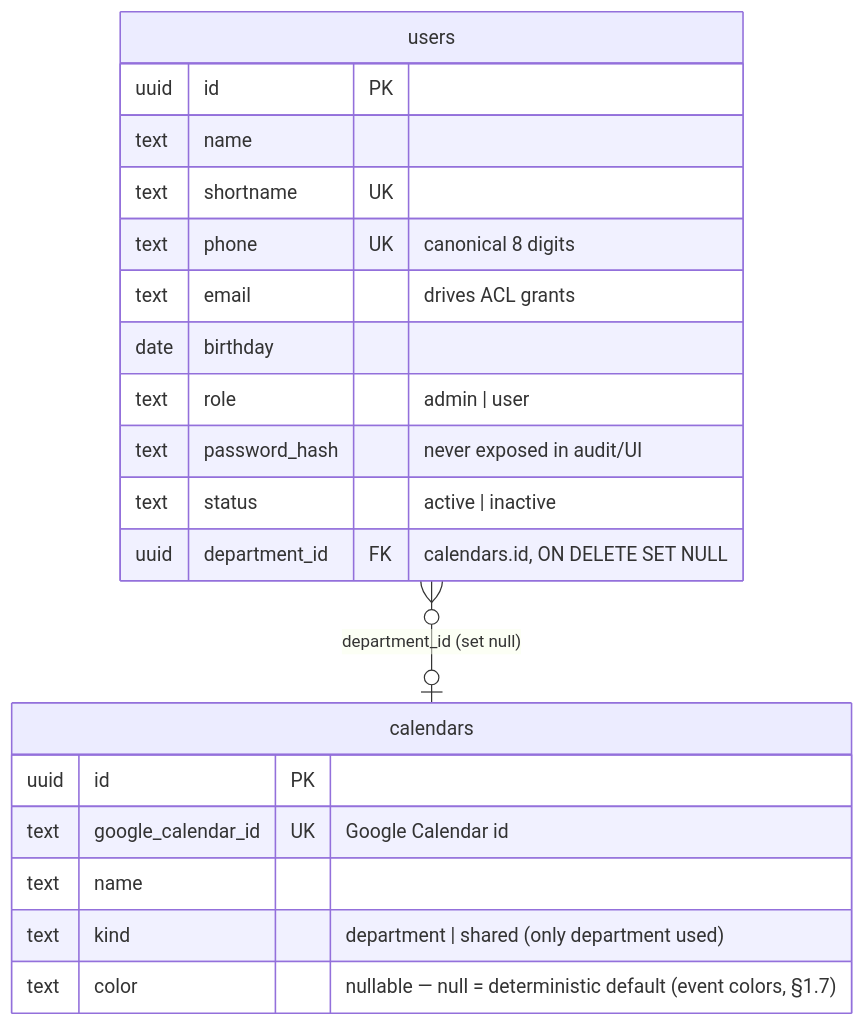
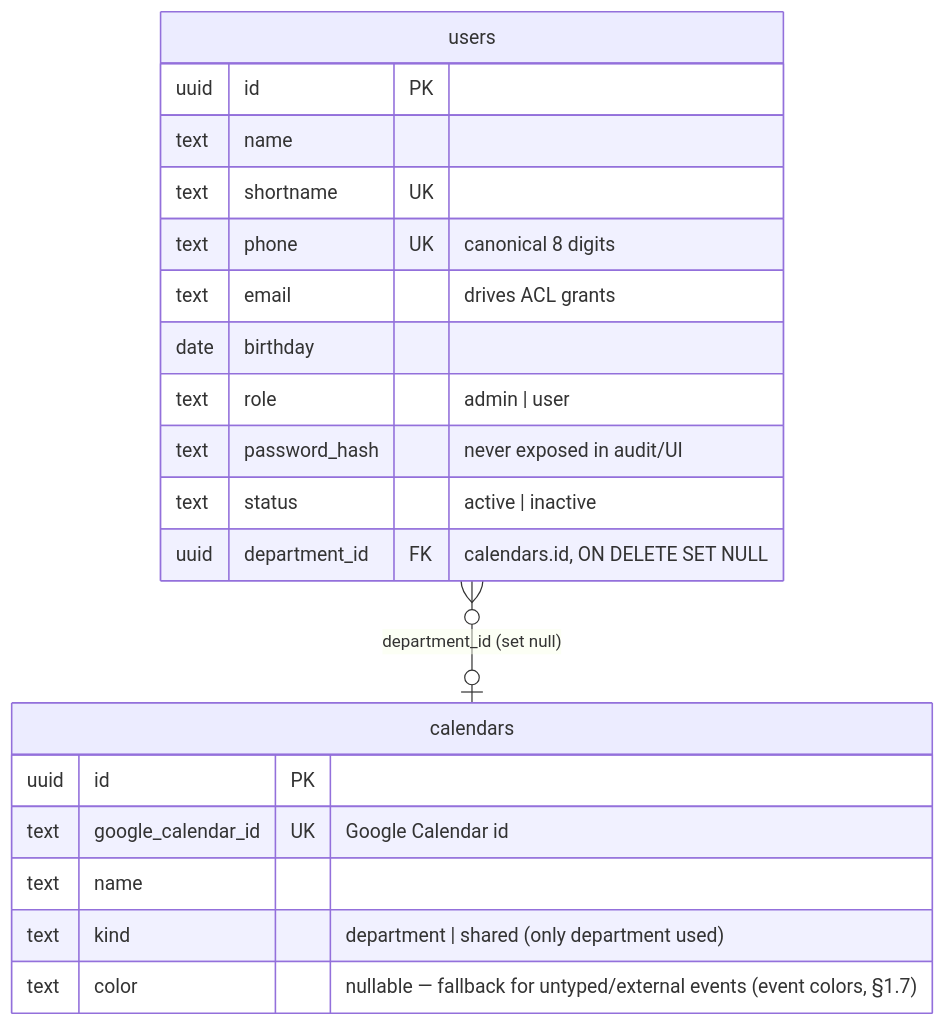
The second of 5 diagrams in docs/roster-sharing.md (oncloudnintynineone-source/cloudy2), drawn with Mermaid before and after one commit. The commit also changed other lines of this file and 23 other files, not shown here.

````diff
--- a/docs/roster-sharing.md
+++ b/docs/roster-sharing.md
@@ -99,23 +99,23 @@
 ```mermaid
 erDiagram
     calendars {
         uuid id PK
         text google_calendar_id UK "Google Calendar id"
         text name
         text kind "department | shared (only department used)"
-        text color "nullable — null = deterministic default (event colors, §1.7)"
+        text color "nullable — fallback for untyped/external events (event colors, §1.7)"
     }
     users {
         uuid id PK
         text name
         text shortname UK
         text phone UK "canonical 8 digits"
         text email "drives ACL grants"
         date birthday
         text role "admin | user"
         text password_hash "never exposed in audit/UI"
         text status "active | inactive"
         uuid department_id FK "calendars.id, ON DELETE SET NULL"
     }
     users }o--o| calendars : "department_id (set null)"
 ```
````
